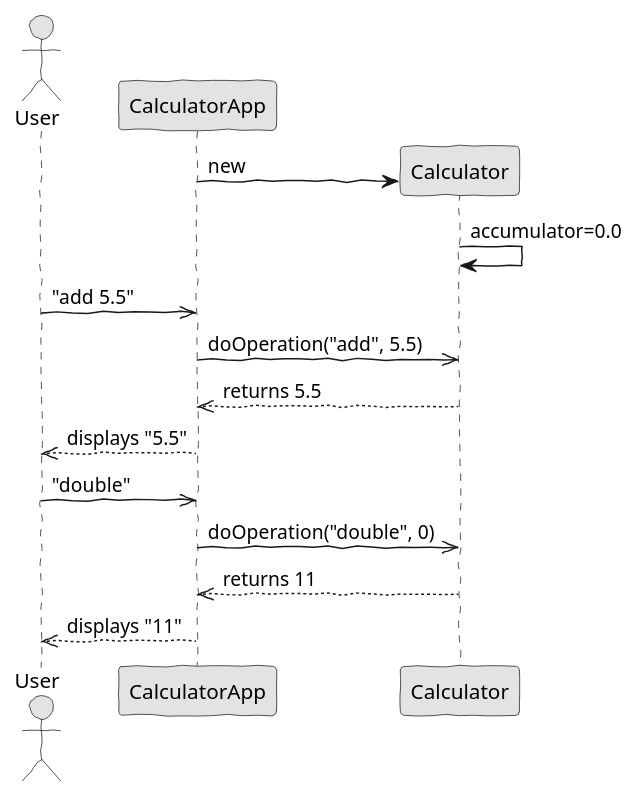
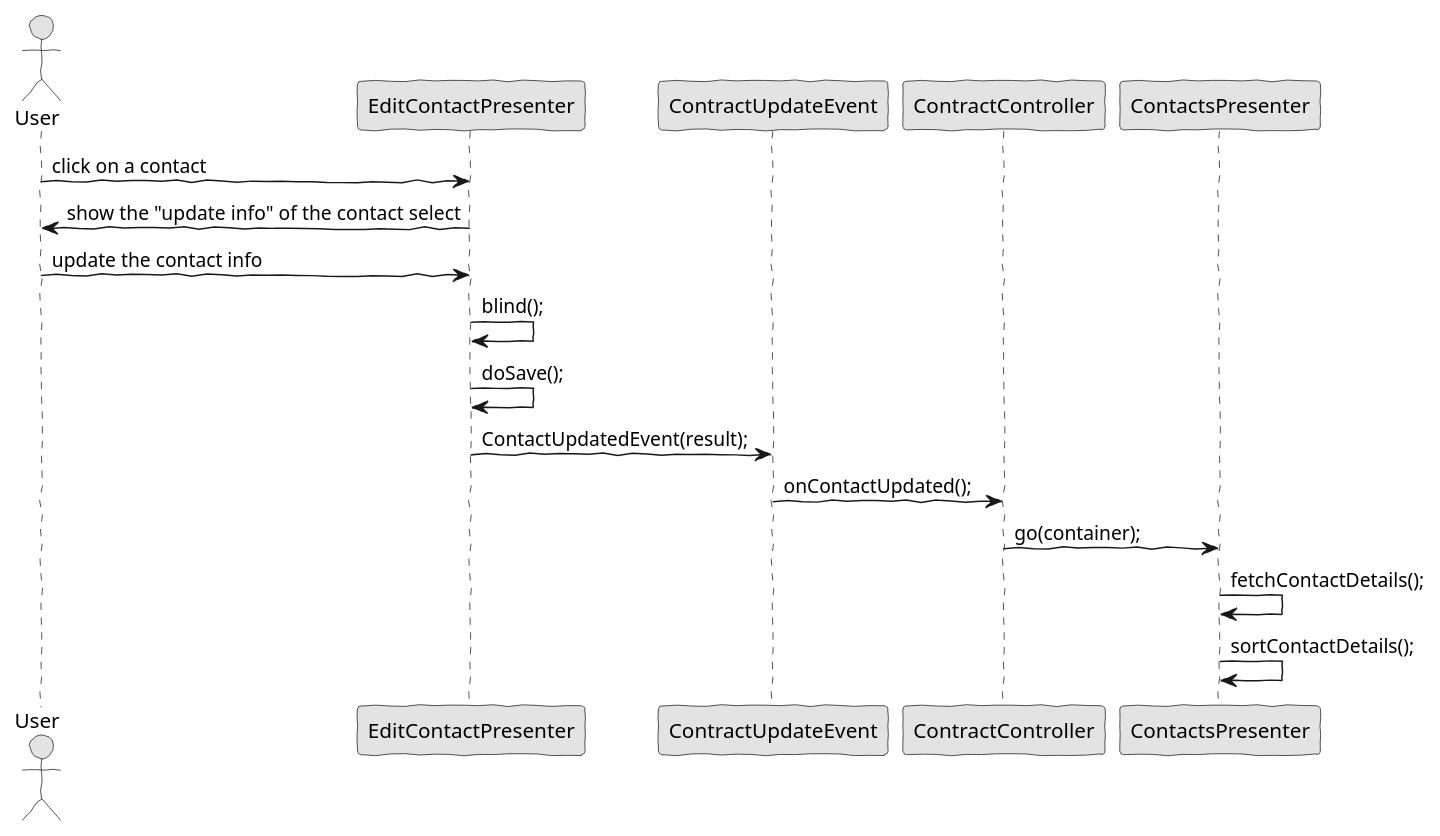
The diagram in cms-students/src/main/puml/com/twu/calculator/sequence-diagram.puml (Wultyc/ISEP_2021_1A1S_ODSOFT), drawn with PlantUML before and after one commit. The commit also changed 8 other files, not shown here.

Commit message:
Criação do diagrama de Sequencia da operação 'Update Contact' (Falta rever com a equipa) [open #24]

```diff
--- a/cms-students/src/main/puml/com/twu/calculator/sequence-diagram.puml
+++ b/cms-students/src/main/puml/com/twu/calculator/sequence-diagram.puml
@@ -1,27 +1,28 @@
-@startuml class-diagram.png
+@startuml Diagrama-Sequencia-Update.PNG
 skinparam handwritten true
 skinparam monochrome true
 skinparam packageStyle rect
 skinparam defaultFontName FG Virgil
 skinparam shadowing false
 
 actor User
-participant CalculatorApp
-participant Calculator
+participant EditContactPresenter
+participant ContractUpdateEvent
+participant ContractController
+participant ContactsPresenter
 
-create Calculator
-CalculatorApp -> Calculator : new
-Calculator -> Calculator : accumulator=0.0
+User -> EditContactPresenter : click on a contact
+User <- EditContactPresenter : show the "update info" of the contact select
 
-User ->> CalculatorApp : "add 5.5"
-CalculatorApp ->> Calculator : doOperation("add", 5.5)
-CalculatorApp <<-- Calculator : returns 5.5
-User <<-- CalculatorApp : displays "5.5"
+User -> EditContactPresenter : update the contact info
+EditContactPresenter -> EditContactPresenter : blind();
+EditContactPresenter -> EditContactPresenter : doSave();
+EditContactPresenter -> ContractUpdateEvent : ContactUpdatedEvent(result);
 
-User ->> CalculatorApp : "double"
-CalculatorApp ->> Calculator : doOperation("double", 0)
-CalculatorApp <<-- Calculator : returns 11
-User <<-- CalculatorApp : displays "11"
+ContractUpdateEvent -> ContractController : onContactUpdated();
+ContractController -> ContactsPresenter : go(container);
 
+ContactsPresenter -> ContactsPresenter : fetchContactDetails();
+ContactsPresenter -> ContactsPresenter : sortContactDetails();
 
 @enduml
```
